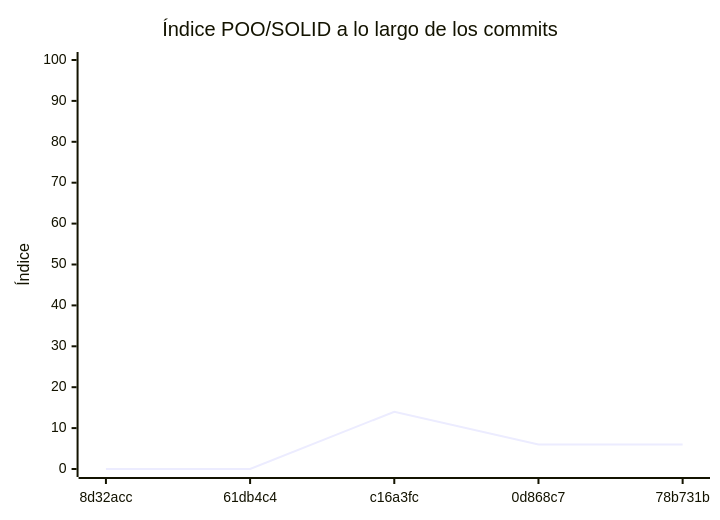
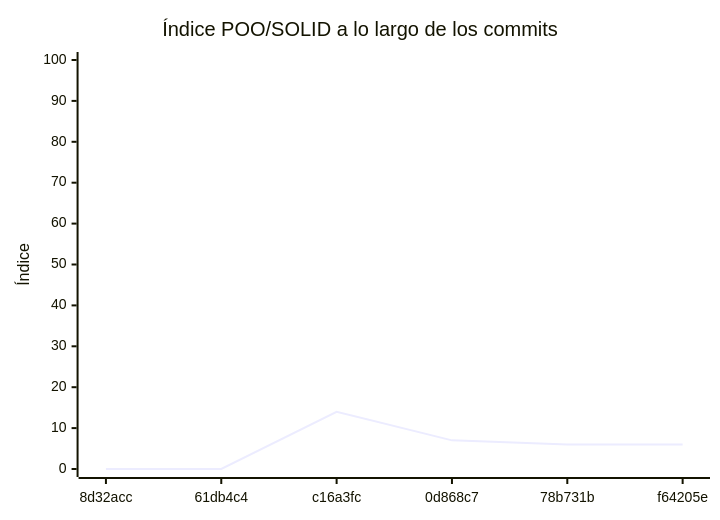
One commit to LaMatanzaSA/SimuladorChoques777 changed the diagram in docs/EVALUACION.md. Above: the diagram before and after it, drawn with Mermaid. The commit also changed other lines of this file and 1 other file, not shown here.

````diff
--- a/docs/EVALUACION.md
+++ b/docs/EVALUACION.md
@@ -242,7 +242,7 @@
 ```mermaid
 xychart-beta
     title "Índice POO/SOLID a lo largo de los commits"
-    x-axis ["8d32acc", "61db4c4", "c16a3fc", "0d868c7", "78b731b"]
+    x-axis ["8d32acc", "61db4c4", "c16a3fc", "0d868c7", "78b731b", "f64205e"]
     y-axis "Índice" 0 --> 100
-    line [0, 0, 14, 6, 6]
+    line [0, 0, 14, 7, 6, 6]
 ```
````
